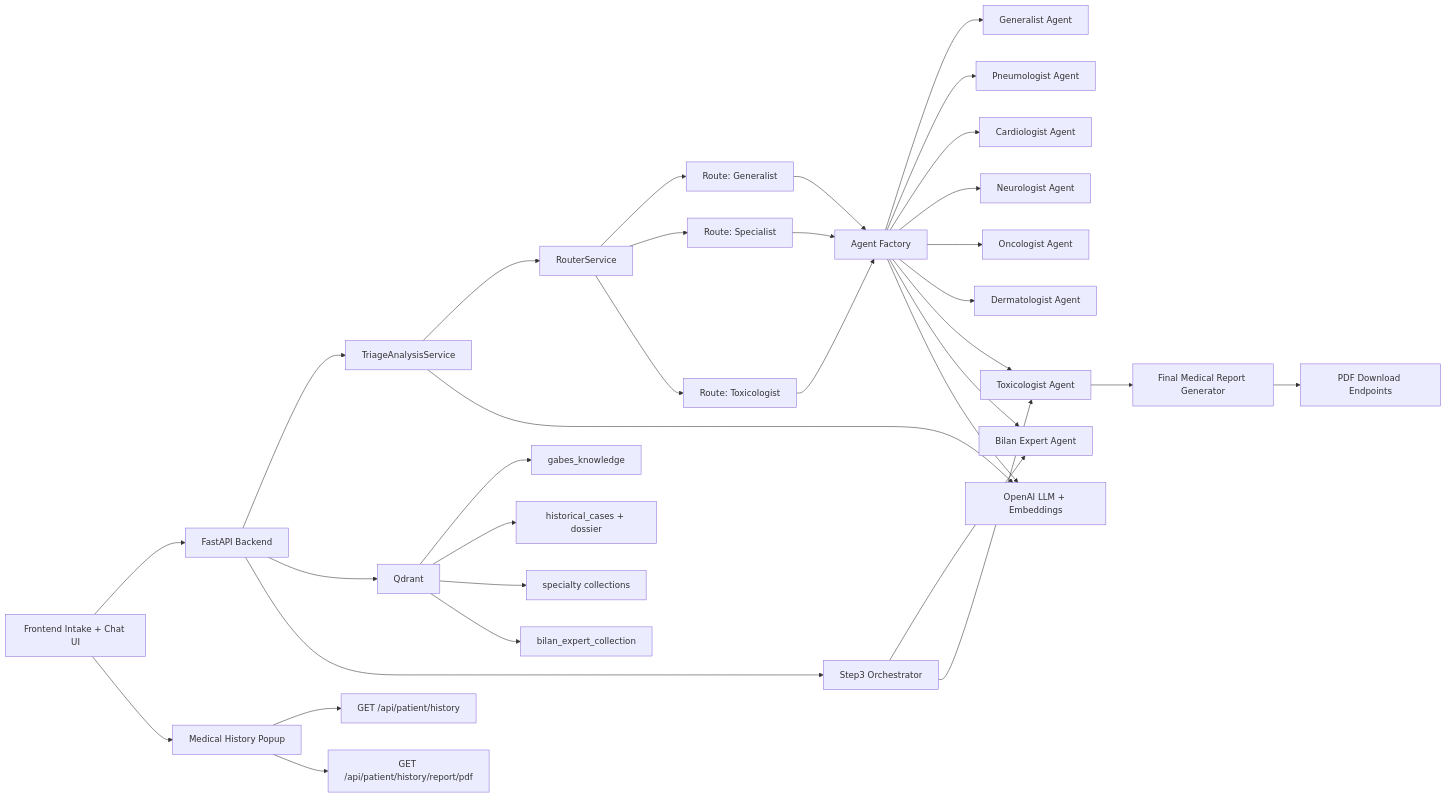
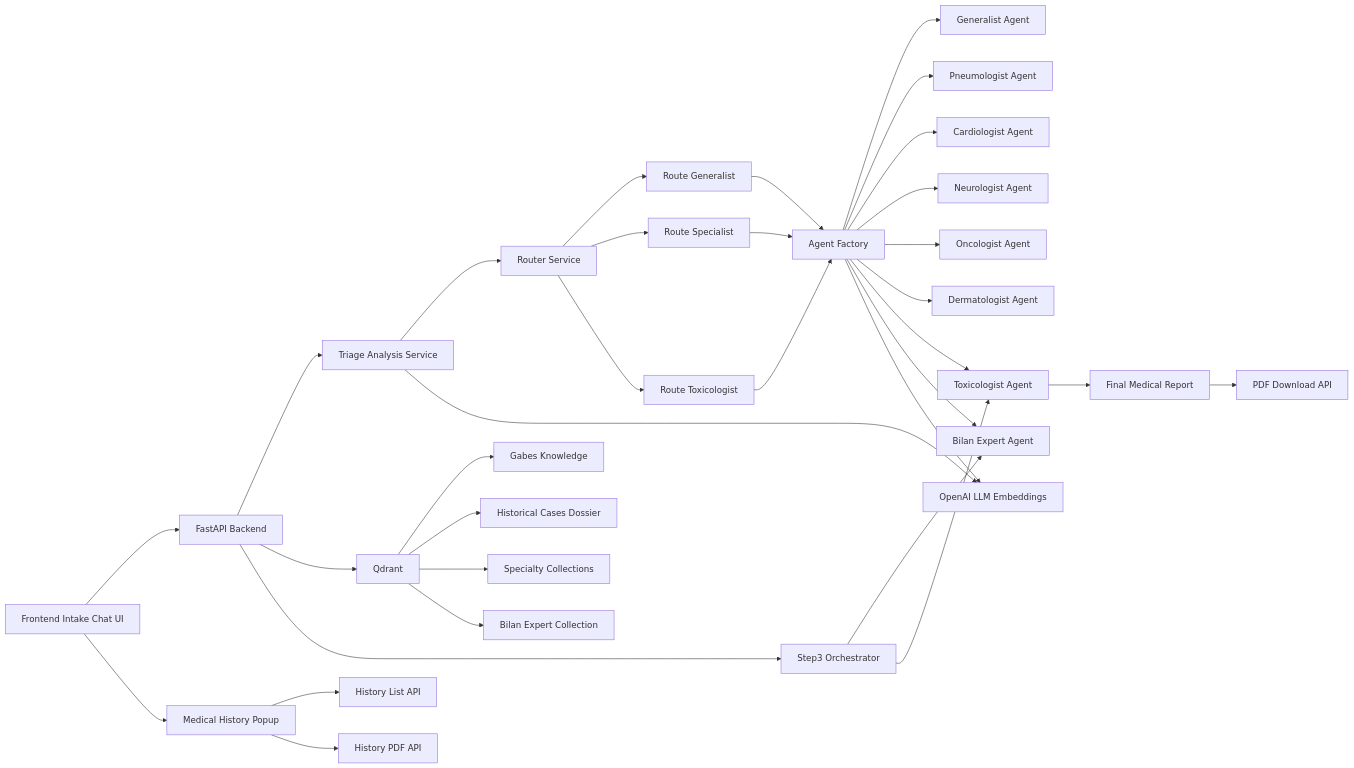
One commit to omarfh111/Gabesi-AIGuardian changed the first of 2 diagrams in README.md. Above: the diagram before and after it, drawn with Mermaid. The commit also changed other lines of this file, not shown here.

````diff
--- a/README.md
+++ b/README.md
@@ -57,38 +57,38 @@
 ```mermaid
 flowchart LR
-    A[Frontend Intake + Chat UI] --> B[FastAPI Backend]
-    B --> C[TriageAnalysisService]
-    C --> D[RouterService]
-    D --> DG[Route: Generalist]
-    D --> DS[Route: Specialist]
-    D --> DT[Route: Toxicologist]
+    A[Frontend Intake Chat UI] --> B[FastAPI Backend]
+    B --> C[Triage Analysis Service]
+    C --> D[Router Service]
+    D --> DG[Route Generalist]
+    D --> DS[Route Specialist]
+    D --> DT[Route Toxicologist]
     DG --> E[Agent Factory]
     DS --> E
     DT --> E
     E --> F[Generalist Agent]
     E --> G[Pneumologist Agent]
     E --> H[Cardiologist Agent]
     E --> I[Neurologist Agent]
     E --> J[Oncologist Agent]
     E --> K[Dermatologist Agent]
     E --> L[Toxicologist Agent]
     E --> M[Bilan Expert Agent]
 
-    C --> N[OpenAI LLM + Embeddings]
+    C --> N[OpenAI LLM Embeddings]
     E --> N
     B --> O[Qdrant]
-    O --> P[gabes_knowledge]
-    O --> Q[historical_cases + dossier]
-    O --> R[specialty collections]
-    O --> S[bilan_expert_collection]
+    O --> P[Gabes Knowledge]
+    O --> Q[Historical Cases Dossier]
+    O --> R[Specialty Collections]
+    O --> S[Bilan Expert Collection]
 
     B --> X[Step3 Orchestrator]
     X --> M
     X --> L
-    L --> T[Final Medical Report Generator]
-    T --> U[PDF Download Endpoints]
+    L --> T[Final Medical Report]
+    T --> U[PDF Download API]
 
     A --> HM[Medical History Popup]
-    HM --> HV[GET /api/patient/history]
-    HM --> HP[GET /api/patient/history/report/pdf]
+    HM --> HV[History List API]
+    HM --> HP[History PDF API]
 ```
````
